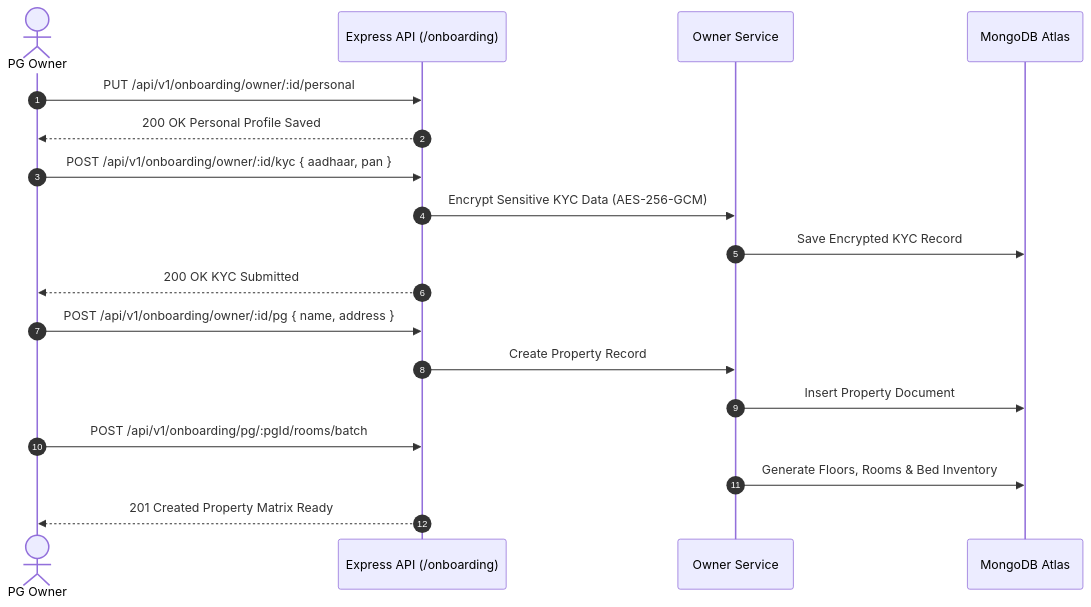
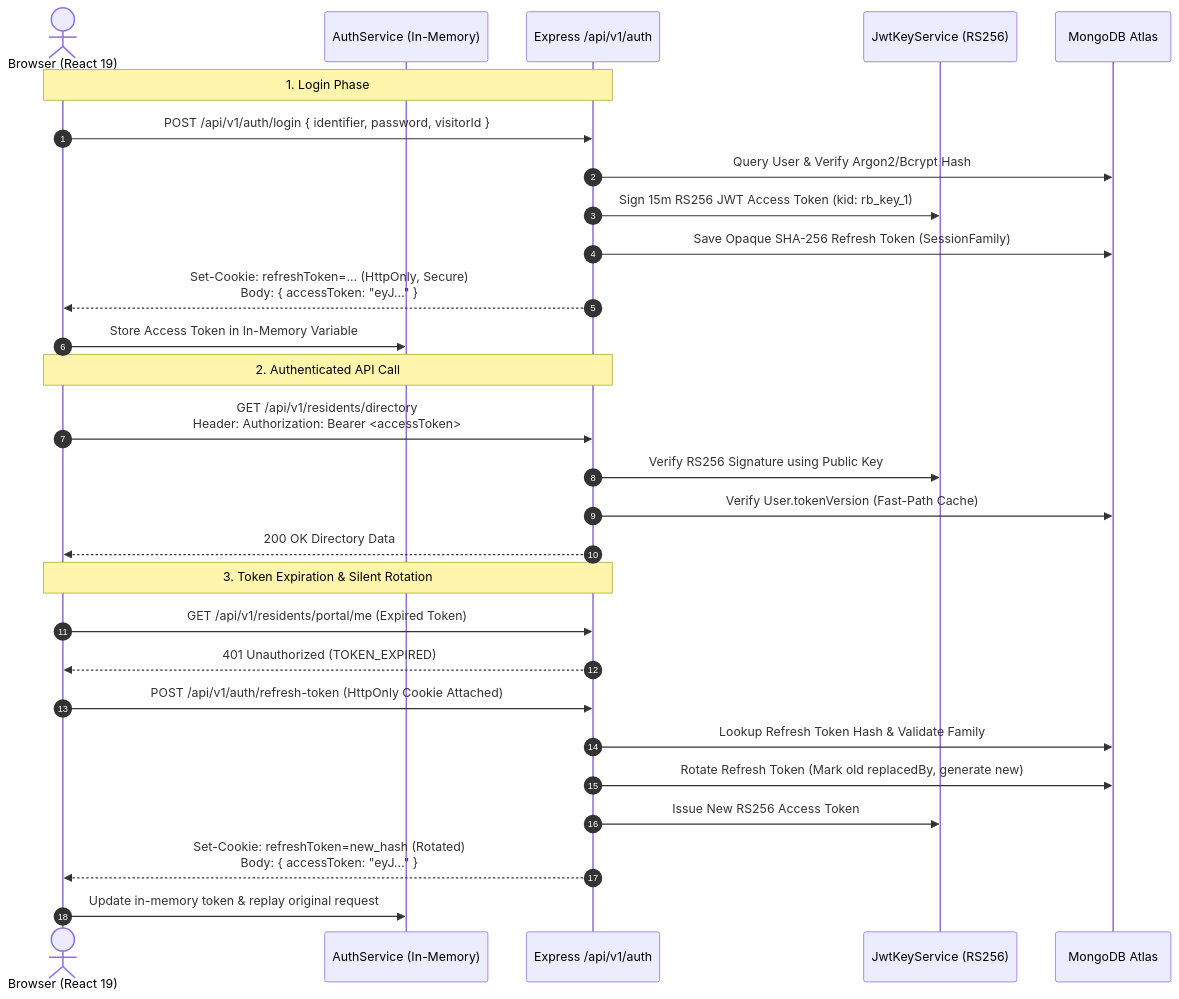
One commit to ayushman-glb/PG-Management-System changed the sixth of 10 diagrams in api_design.md. Above: the diagram before and after it, drawn with Mermaid. The commit also changed other lines of this file and 52 other files, not shown here.

````diff
--- a/api_design.md
+++ b/api_design.md
@@ -86,21 +1135,33 @@
 ```mermaid
 sequenceDiagram
     autonumber
-    actor Owner as PG Owner
-    participant API as Express API (/onboarding)
-    participant Service as Owner Service
+    actor Client as Browser (React 19)
+    participant AuthServ as AuthService (In-Memory)
+    participant API as Express /api/v1/auth
+    participant TokenServ as JwtKeyService (RS256)
     participant DB as MongoDB Atlas
 
-    Owner->>API: PUT /api/v1/onboarding/owner/:id/personal
-    API-->>Owner: 200 OK Personal Profile Saved
-    Owner->>API: POST /api/v1/onboarding/owner/:id/kyc { aadhaar, pan }
-    API->>Service: Encrypt Sensitive KYC Data (AES-256-GCM)
-    Service->>DB: Save Encrypted KYC Record
-    API-->>Owner: 200 OK KYC Submitted
-    Owner->>API: POST /api/v1/onboarding/owner/:id/pg { name, address }
-    API->>Service: Create Property Record
-    Service->>DB: Insert Property Document
-    Owner->>API: POST /api/v1/onboarding/pg/:pgId/rooms/batch
-    Service->>DB: Generate Floors, Rooms & Bed Inventory
-    API-->>Owner: 201 Created Property Matrix Ready
+    Note over Client, API: 1. Login Phase
+    Client->>API: POST /api/v1/auth/login { identifier, password, visitorId }
+    API->>DB: Query User & Verify Argon2/Bcrypt Hash
+    API->>TokenServ: Sign 15m RS256 JWT Access Token (kid: rb_key_1)
+    API->>DB: Save Opaque SHA-256 Refresh Token (SessionFamily)
+    API-->>Client: Set-Cookie: refreshToken=... (HttpOnly, Secure)<br/>Body: { accessToken: "eyJ..." }
+    Client->>AuthServ: Store Access Token in In-Memory Variable
+
+    Note over Client, API: 2. Authenticated API Call
+    Client->>API: GET /api/v1/residents/directory<br/>Header: Authorization: Bearer <accessToken>
+    API->>TokenServ: Verify RS256 Signature using Public Key
+    API->>DB: Verify User.tokenVersion (Fast-Path Cache)
+    API-->>Client: 200 OK Directory Data
+
+    Note over Client, API: 3. Token Expiration & Silent Rotation
+    Client->>API: GET /api/v1/residents/portal/me (Expired Token)
+    API-->>Client: 401 Unauthorized (TOKEN_EXPIRED)
+    Client->>API: POST /api/v1/auth/refresh-token (HttpOnly Cookie Attached)
+    API->>DB: Lookup Refresh Token Hash & Validate Family
+    API->>DB: Rotate Refresh Token (Mark old replacedBy, generate new)
+    API->>TokenServ: Issue New RS256 Access Token
+    API-->>Client: Set-Cookie: refreshToken=new_hash (Rotated)<br/>Body: { accessToken: "eyJ..." }
+    Client->>AuthServ: Update in-memory token & replay original request
 ```
````
